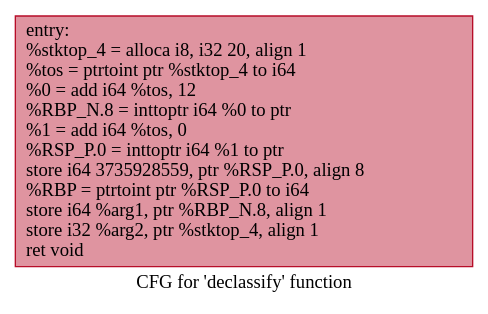
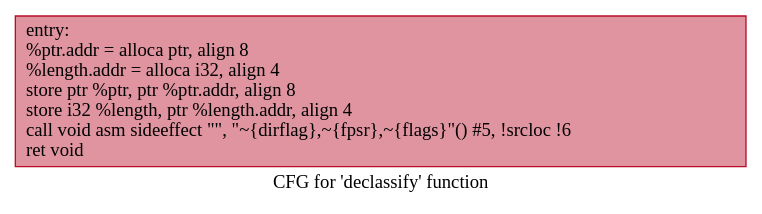
Before and after one commit to aayush54/583_cipherfast: the diagram in dot/tmp/.declassify.dot, drawn with Graphviz. The commit also changed 22 other files, not shown here.

Commit message:
Added all cfg graphs

```diff
--- a/dot/tmp/.declassify.dot
+++ b/dot/tmp/.declassify.dot
@@ -1,5 +1,5 @@
 digraph "CFG for 'declassify' function" {
 	label="CFG for 'declassify' function";
 
-	Node0x5565e7b99150 [shape=record,color="#b70d28ff", style=filled, fillcolor="#b70d2870",label="{entry:\l  %stktop_4 = alloca i8, i32 20, align 1\l  %tos = ptrtoint ptr %stktop_4 to i64\l  %0 = add i64 %tos, 12\l  %RBP_N.8 = inttoptr i64 %0 to ptr\l  %1 = add i64 %tos, 0\l  %RSP_P.0 = inttoptr i64 %1 to ptr\l  store i64 3735928559, ptr %RSP_P.0, align 8\l  %RBP = ptrtoint ptr %RSP_P.0 to i64\l  store i64 %arg1, ptr %RBP_N.8, align 1\l  store i32 %arg2, ptr %stktop_4, align 1\l  ret void\l}"];
+	Node0x558a8c402cd0 [shape=record,color="#b70d28ff", style=filled, fillcolor="#b70d2870",label="{entry:\l  %ptr.addr = alloca ptr, align 8\l  %length.addr = alloca i32, align 4\l  store ptr %ptr, ptr %ptr.addr, align 8\l  store i32 %length, ptr %length.addr, align 4\l  call void asm sideeffect \"\", \"~\{dirflag\},~\{fpsr\},~\{flags\}\"() #5, !srcloc !6\l  ret void\l}"];
 }
```
